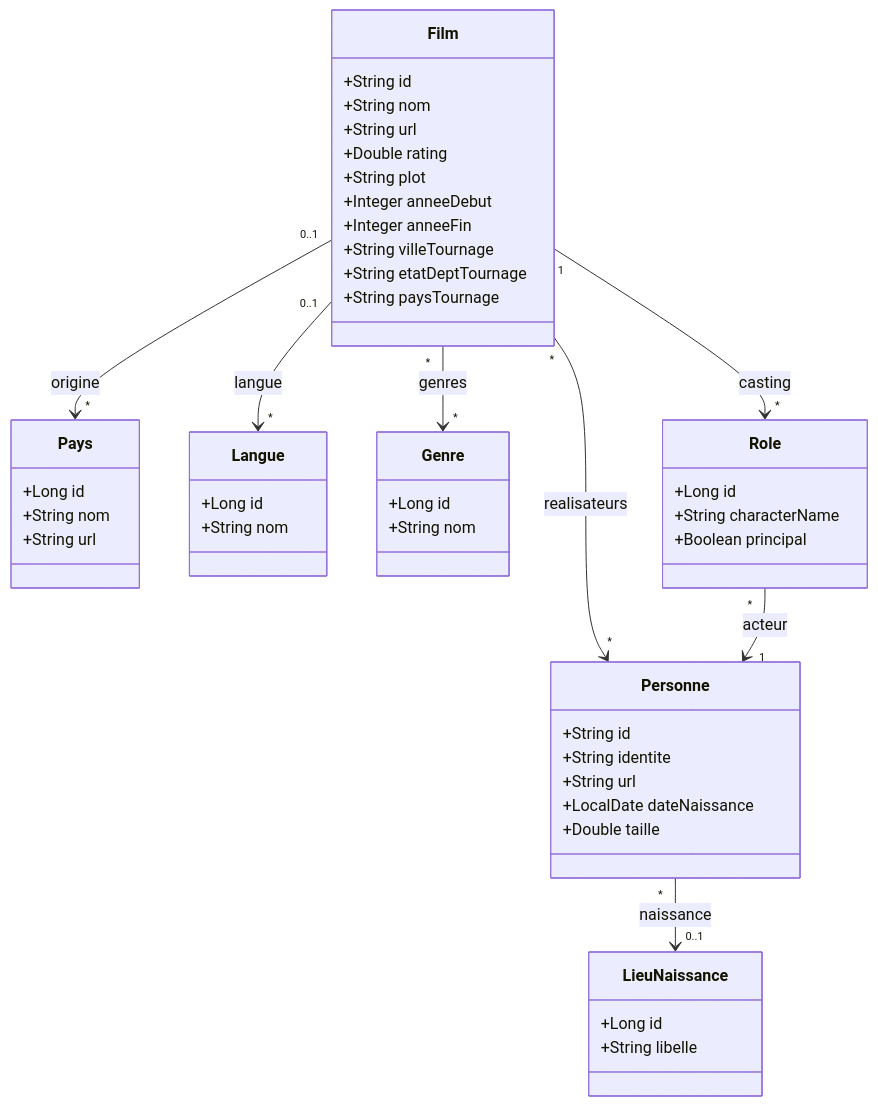
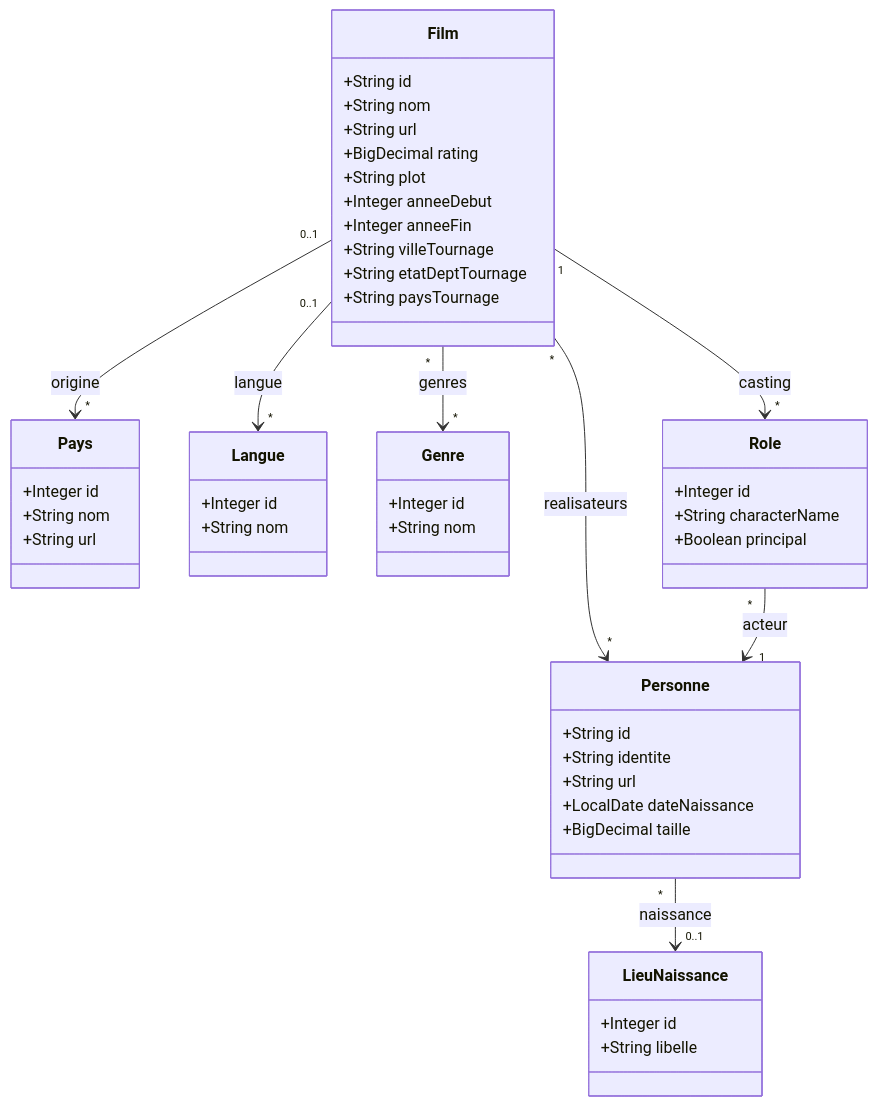
The first of 2 diagrams in conception/document_conception.md (malauzet/projet-jpa), drawn with Mermaid before and after one commit. The commit also changed 7 other files, not shown here.

````diff
--- a/conception/document_conception.md
+++ b/conception/document_conception.md
@@ -22,58 +22,58 @@
 ```mermaid
 classDiagram
     class Film {
         +String id
         +String nom
         +String url
-        +Double rating
+        +BigDecimal rating
         +String plot
         +Integer anneeDebut
         +Integer anneeFin
         +String villeTournage
         +String etatDeptTournage
         +String paysTournage
     }
 
     class Pays {
-        +Long id
+        +Integer id
         +String nom
         +String url
     }
 
     class Langue {
-        +Long id
+        +Integer id
         +String nom
     }
 
     class Genre {
-        +Long id
+        +Integer id
         +String nom
     }
 
     class Personne {
         +String id
         +String identite
         +String url
         +LocalDate dateNaissance
-        +Double taille
+        +BigDecimal taille
     }
 
     class LieuNaissance {
-        +Long id
+        +Integer id
         +String libelle
     }
 
     class Role {
-        +Long id
+        +Integer id
         +String characterName
         +Boolean principal
     }
 
     Film "0..1" --> "*" Pays : origine
     Film "0..1" --> "*" Langue : langue
     Film "*" --> "*" Genre : genres
     Film "*" --> "*" Personne : realisateurs
     Film "1" --> "*" Role : casting
     Role "*" --> "1" Personne : acteur
     Personne "*" --> "0..1" LieuNaissance : naissance
 ```
````
